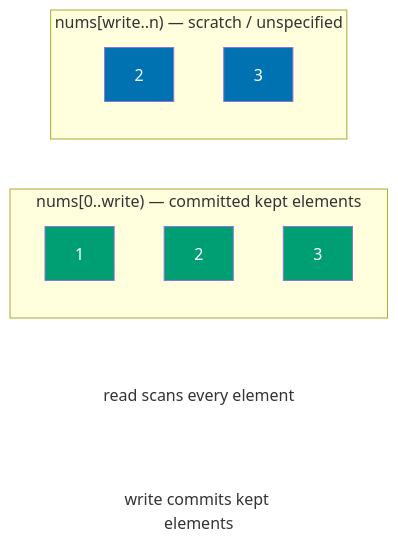
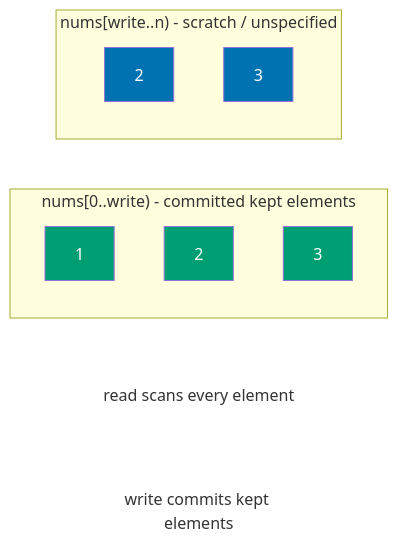
The first of 2 diagrams in src/data/handbooks/dsa/part-3-pointers-window-prefix/01-two-pointers-same-direction.md (Ridzzz0Alam/engineering-path), drawn with Mermaid before and after one commit. The commit also changed other lines of this file and 283 other files, not shown here.

````diff
--- a/src/data/handbooks/dsa/part-3-pointers-window-prefix/01-two-pointers-same-direction.md
+++ b/src/data/handbooks/dsa/part-3-pointers-window-prefix/01-two-pointers-same-direction.md
@@ -118,17 +118,17 @@
 ```mermaid
 flowchart LR
-    subgraph Prefix["nums[0..write) — committed kept elements"]
+    subgraph Prefix["nums[0..write) - committed kept elements"]
         A0[1]:::kept
         A1[2]:::kept
         AW[3]:::kept
     end
-    subgraph Tail["nums[write..n) — scratch / unspecified"]
+    subgraph Tail["nums[write..n) - scratch / unspecified"]
         AR1[2]:::tail
         AR2[3]:::tail
     end
     R[read scans every element]:::label
     W[write commits kept elements]:::label
     classDef kept fill:#009E73,color:#FFFFFF;
     classDef tail fill:#0072B2,color:#FFFFFF;
     classDef label fill:none,stroke:none;
 ```
````
